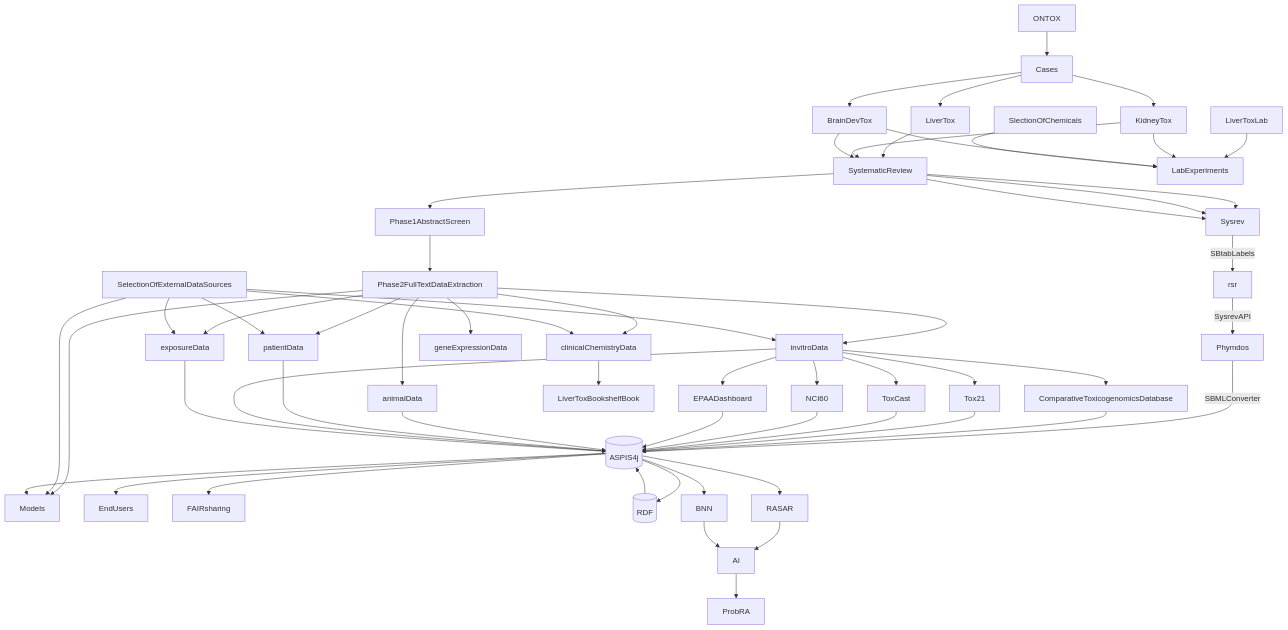
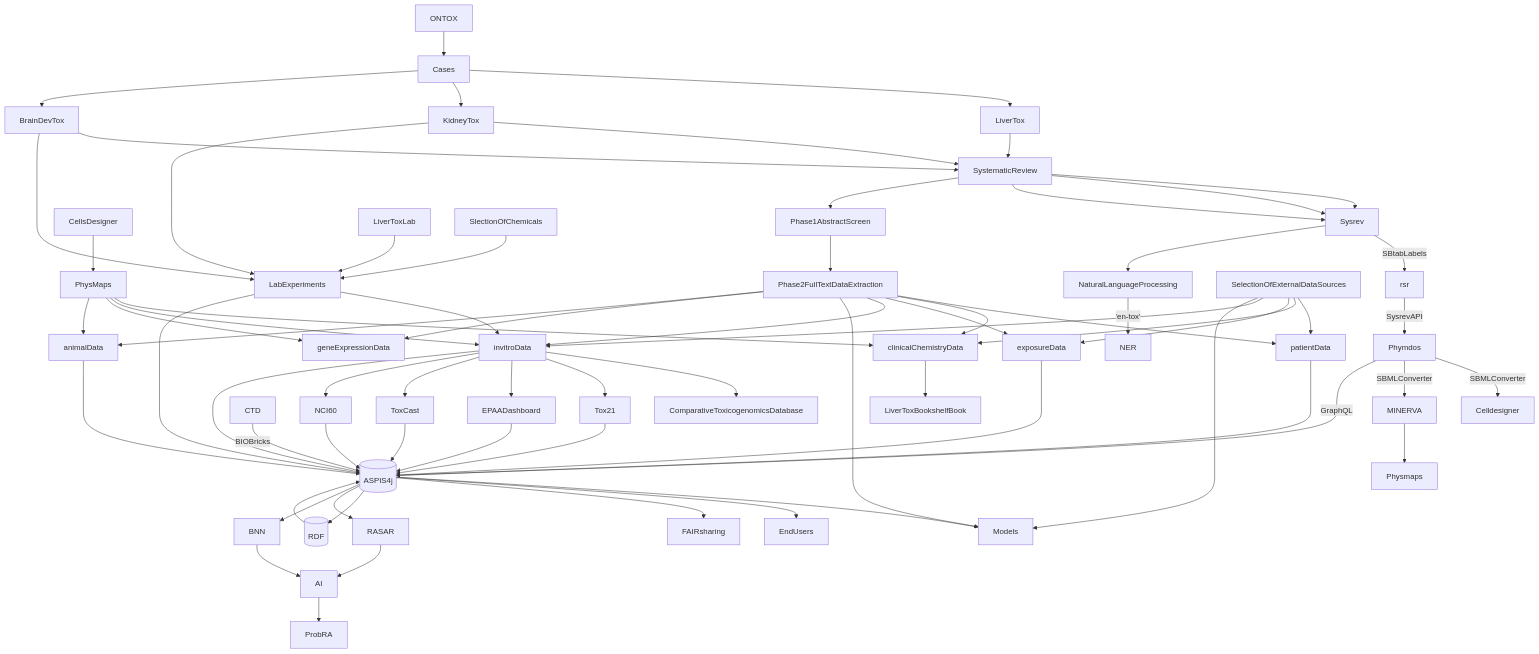
One commit to ontox-hu/workflows changed the diagram in WorkflowONTOX.md. Above: the diagram before and after it, drawn with Mermaid.

````diff
--- a/WorkflowONTOX.md
+++ b/WorkflowONTOX.md
@@ -1,71 +1,84 @@
 ```mermaid
 graph TD
   
   ONTOX-->Cases
 
   Cases-->LiverTox
   Cases-->KidneyTox
   Cases-->BrainDevTox
   
   LiverTox-->SystematicReview-->Sysrev
   KidneyTox-->SystematicReview-->Sysrev
   BrainDevTox-->SystematicReview-->Sysrev
   
   Sysrev-->|SBtabLabels| rsr
   rsr-->|SysrevAPI| Phymdos
-  Phymdos-->|SBMLConverter| ASPIS4j
+  Phymdos-->|SBMLConverter| Celldesigner
+  Phymdos-->|SBMLConverter| MINERVA
+  Phymdos-->|GraphQL| ASPIS4j
+  CellsDesigner-->PhysMaps
+  MINERVA-->Physmaps
   
   SystematicReview-->Phase1AbstractScreen
   Phase1AbstractScreen-->Phase2FullTextDataExtraction
+  Sysrev-->NaturalLanguageProcessing
+  NaturalLanguageProcessing-->|'en-tox'|NER
+  NaturalLanguageProcessing
   
   Phase2FullTextDataExtraction-->patientData
   Phase2FullTextDataExtraction-->clinicalChemistryData
   Phase2FullTextDataExtraction-->exposureData
   Phase2FullTextDataExtraction-->invitroData
   Phase2FullTextDataExtraction-->Models
   Phase2FullTextDataExtraction-->geneExpressionData
   Phase2FullTextDataExtraction-->animalData
   
+  PhysMaps-->clinicalChemistryData
+  PhysMaps-->invitroData
+  PhysMaps-->geneExpressionData
+  PhysMaps-->animalData
+  
   SelectionOfExternalDataSources-->patientData
   SelectionOfExternalDataSources-->clinicalChemistryData
   SelectionOfExternalDataSources-->exposureData
   SelectionOfExternalDataSources-->invitroData
   SelectionOfExternalDataSources-->Models
   
   LiverToxLab-->LabExperiments
   KidneyTox-->LabExperiments
-  BrainDevTox-->LabExperiments
+  BrainDevTox-->LabExperiments-->invitroData
   
   SlectionOfChemicals-->LabExperiments
+  LabExperiments-->ASPIS4j
   
   invitroData-->ComparativeToxicogenomicsDatabase
-  ComparativeToxicogenomicsDatabase-->ASPIS4j
+  CTD-->|BIOBricks|ASPIS4j
   invitroData-->Tox21
   invitroData-->EPAADashboard
   invitroData-->ToxCast
   invitroData-->NCI60
   
   clinicalChemistryData-->LiverToxBookshelfBook
  
   Tox21-->ASPIS4j[(ASPIS4j)]
   ToxCast-->ASPIS4j[(ASPIS4j)]
   NCI60-->ASPIS4j[(ASPIS4j)]
   EPAADashboard-->ASPIS4j[(ASPIS4j)]
   animalData-->ASPIS4j[(ASPIS4j)]
   patientData-->ASPIS4j[(ASPIS4j)]
   invitroData-->ASPIS4j[(ASPIS4j)]
   exposureData-->ASPIS4j[(ASPIS4j)]
   ASPIS4j[(ASPIS4j)]-->Models
   ASPIS4j[(ASPIS4j)]-->EndUsers
   ASPIS4j[(ASPIS4j)]-->FAIRsharing
   ASPIS4j[(ASPIS4j)]-->RDF
   RDF[(RDF)]-->ASPIS4j[(ASPIS4j)]
   
   ASPIS4j[(ASPIS4j)]-->RASAR
   ASPIS4j[(ASPIS4j)]-->BNN
   RASAR-->AI
   BNN-->AI
   AI-->ProbRA
   
   
 ```
````
